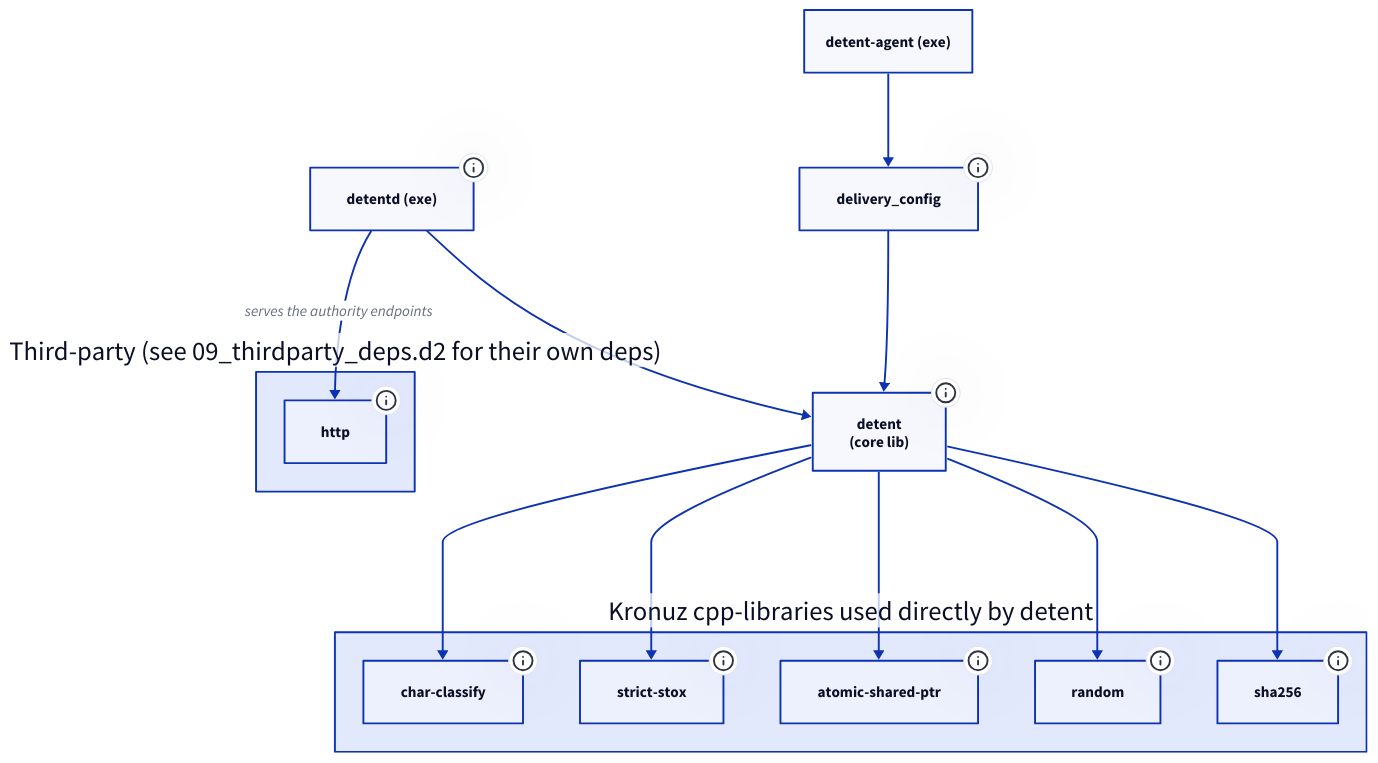
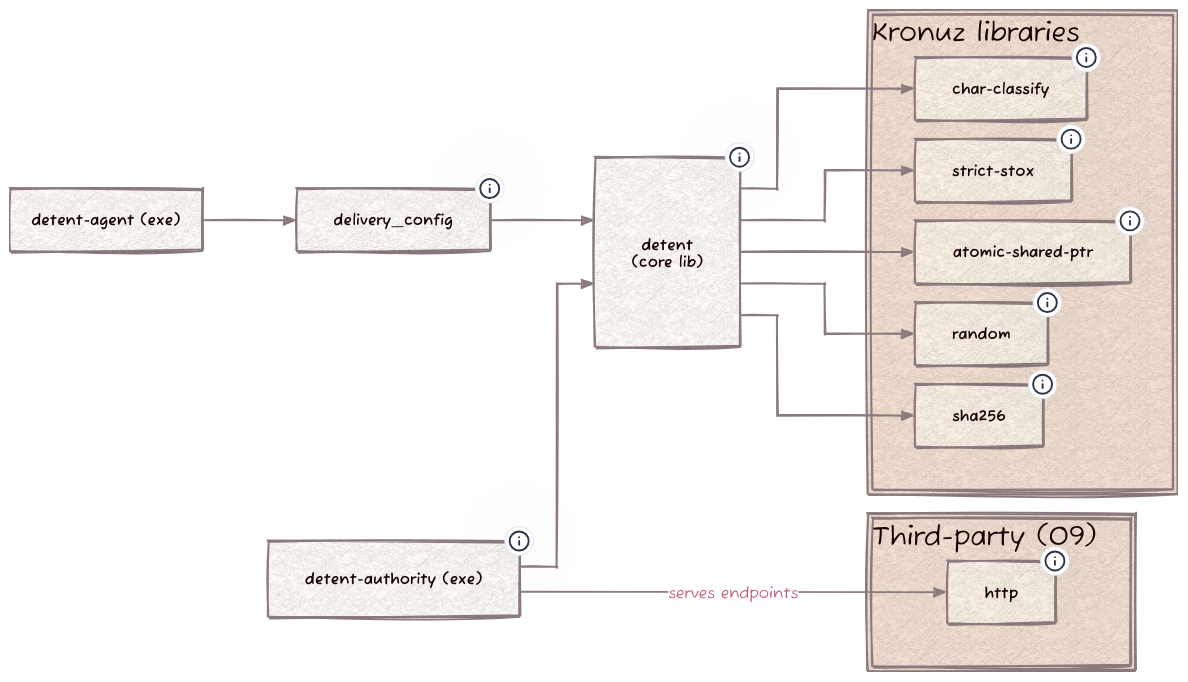
The diagram in diagrams/08_detent_deps.d2 (Kronuz/Detent), drawn with D2 before and after one commit. The commit also changed 87 other files, not shown here.

First line of the commit message:
Rename detentd to detent-authority (D123)

```diff
--- a/diagrams/08_detent_deps.d2
+++ b/diagrams/08_detent_deps.d2
@@ -1,38 +1,42 @@
 # Selected targets and their direct dependencies.
 # Managed authority and generation targets are documented separately.
-direction: down
+vars: { d2-config: { layout-engine: elk; theme-id: 302; sketch: true; pad: 24; theme-overrides: { B1: "#8C7B7E"; B2: "#C25B73"; N2: "#C25B73" } } }
+style.fill: transparent
+direction: right
 
 detent: "detent\n(core lib)" {
   tooltip: RCU client, JSON schema, hashing, overrides, file source
 }
 delivery_config: "delivery_config" {
   tooltip: Managed delivery over TLS and local publication
 }
-detentd_exe: "detentd (exe)" {
+authority_exe: "detent-authority (exe)" {
   tooltip: Durable authority daemon
 }
 detent_agent_exe: "detent-agent (exe)"
 
-kronuz: Kronuz cpp-libraries used directly by detent {
+kronuz: "Kronuz libraries" {
+  label.near: top-left
   char_classify: char-classify {tooltip: "ASCII classification tables used by the JSON tokenizer"}
   strict_stox: strict-stox {tooltip: "Strict numeric string parsing (no silent truncation) for knob values"}
   atomic_shared_ptr: atomic-shared-ptr {tooltip: "Lock-free RCU snapshot swap -- the whole read-path fast path depends on this"}
   random: random {tooltip: "Randomized source retry and backoff jitter"}
   sha256: sha256 {tooltip: "Rollout hashing: stable SHA-256 bucket assignment"}
 }
 
-thirdparty: Third-party (see 09_thirdparty_deps.d2 for their own deps) {
+thirdparty: "Third-party (09)" {
+  label.near: top-left
   http: "http" {tooltip: "HTTP server framework for the authority endpoints"}
 }
 
 detent -> kronuz.char_classify
 detent -> kronuz.strict_stox
 detent -> kronuz.atomic_shared_ptr
 detent -> kronuz.random
 detent -> kronuz.sha256
 
-detentd_exe -> detent
-detentd_exe -> thirdparty.http: "serves the authority endpoints"
+authority_exe -> detent
+authority_exe -> thirdparty.http: "serves endpoints"
 
 delivery_config -> detent
 detent_agent_exe -> delivery_config
```
